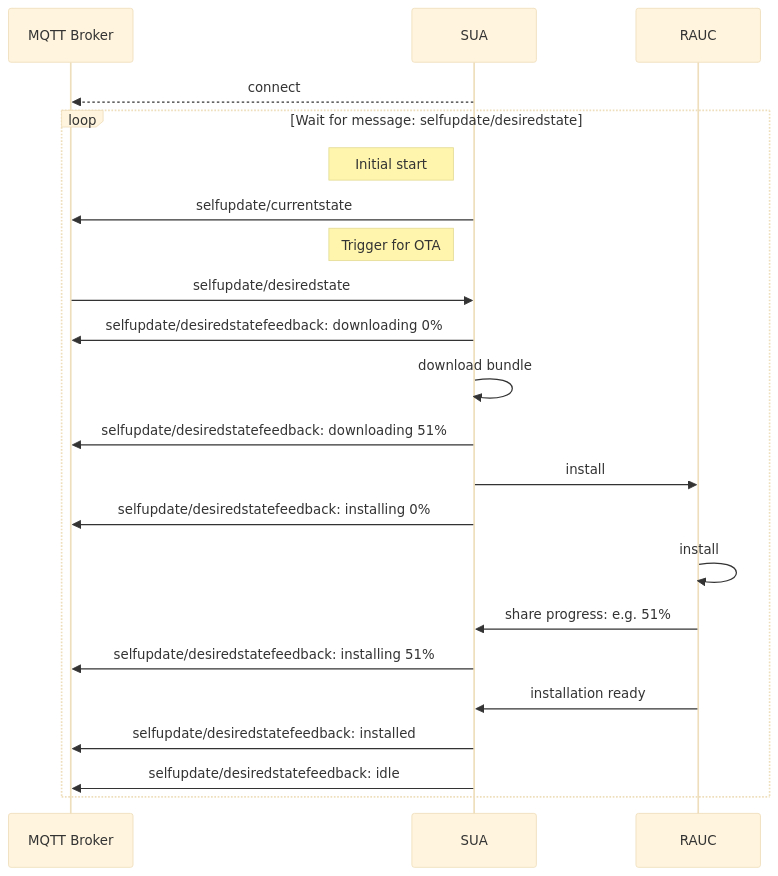
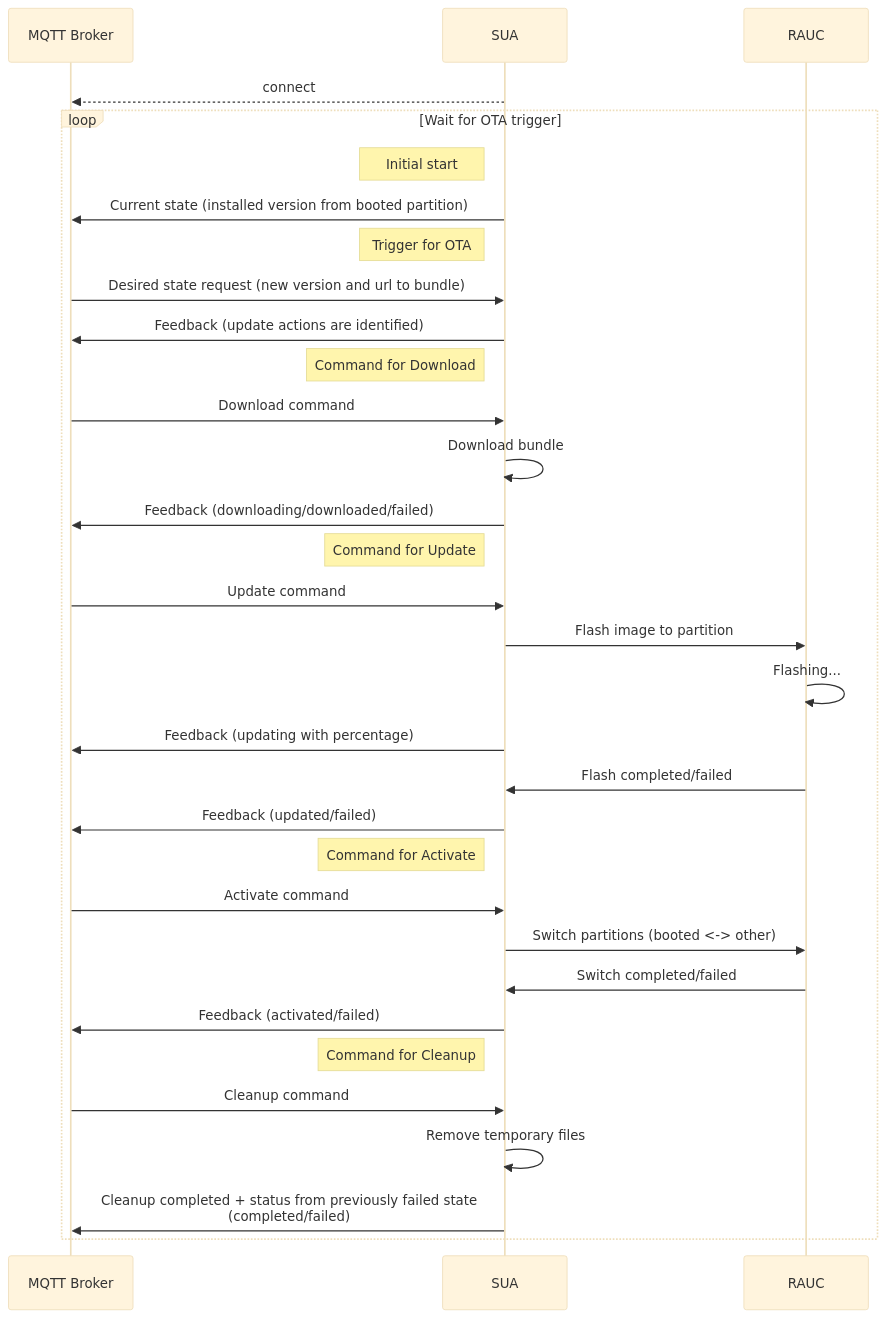
One commit to eclipse-leda/leda changed the first of 2 diagrams in content/en/docs/device-provisioning/self-update/api/_index.md. Above: the diagram before and after it, drawn with Mermaid (base theme). The commit also changed other lines of this file and 8 other files, not shown here.

````diff
--- a/content/en/docs/device-provisioning/self-update/api/_index.md
+++ b/content/en/docs/device-provisioning/self-update/api/_index.md
@@ -13,24 +14,43 @@
 ```mermaid
 sequenceDiagram
     participant m as MQTT Broker 
     participant s as SUA
     participant r as RAUC
+
     s -->> m: connect
-    loop Wait for message: selfupdate/desiredstate
+
+    loop Wait for OTA trigger
+
     Note left of s: Initial start
-    s ->> m: selfupdate/currentstate
+    s ->> m: Current state (installed version from booted partition)
+
     Note left of s: Trigger for OTA
-    m ->> s: selfupdate/desiredstate
-    s ->> m: selfupdate/desiredstatefeedback: downloading 0%
-    s ->> s: download bundle
-    s ->> m: selfupdate/desiredstatefeedback: downloading 51%
-    s ->> r: install
-    s ->> m: selfupdate/desiredstatefeedback: installing 0%
-    r ->> r: install
-    r ->> s: share progress: e.g. 51%
-    s ->> m: selfupdate/desiredstatefeedback: installing 51%
-    r ->> s: installation ready
-    s ->> m: selfupdate/desiredstatefeedback: installed 
-    s ->> m: selfupdate/desiredstatefeedback: idle 
+    m ->> s: Desired state request (new version and url to bundle)
+    s ->> m: Feedback (update actions are identified)
+
+    Note left of s: Command for Download
+    m ->> s: Download command
+    s ->> s: Download bundle
+    s ->> m: Feedback (downloading/downloaded/failed)
+
+    Note left of s: Command for Update
+    m ->> s: Update command
+    s ->> r: Flash image to partition
+    r ->> r: Flashing...
+    s ->> m: Feedback (updating with percentage)
+    r ->> s: Flash completed/failed
+    s ->> m: Feedback (updated/failed)
+
+    Note left of s: Command for Activate
+    m ->> s: Activate command
+    s ->> r: Switch partitions (booted <-> other)
+    r ->> s: Switch completed/failed
+    s ->> m: Feedback (activated/failed)
+
+    Note left of s: Command for Cleanup
+    m ->> s: Cleanup command
+    s ->> s: Remove temporary files
+    s ->> m: Cleanup completed + status from previously failed state<br>(completed/failed)
+
     end
 ```
````
